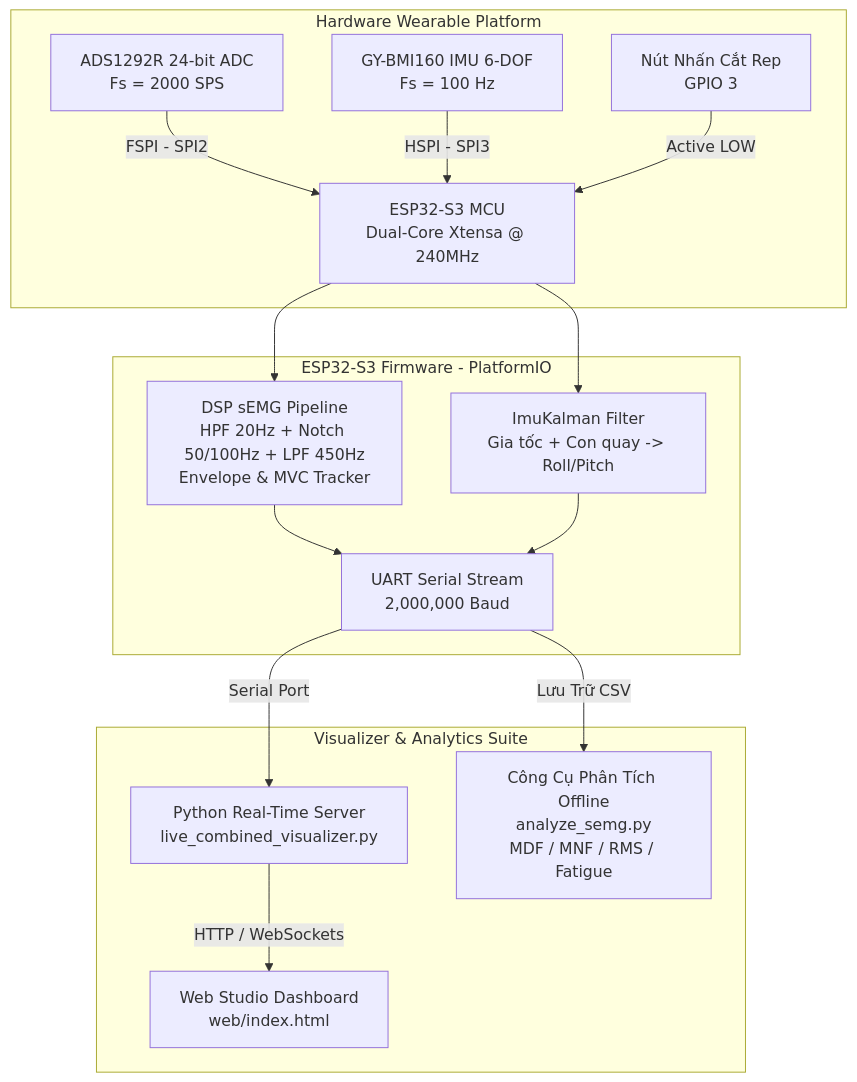
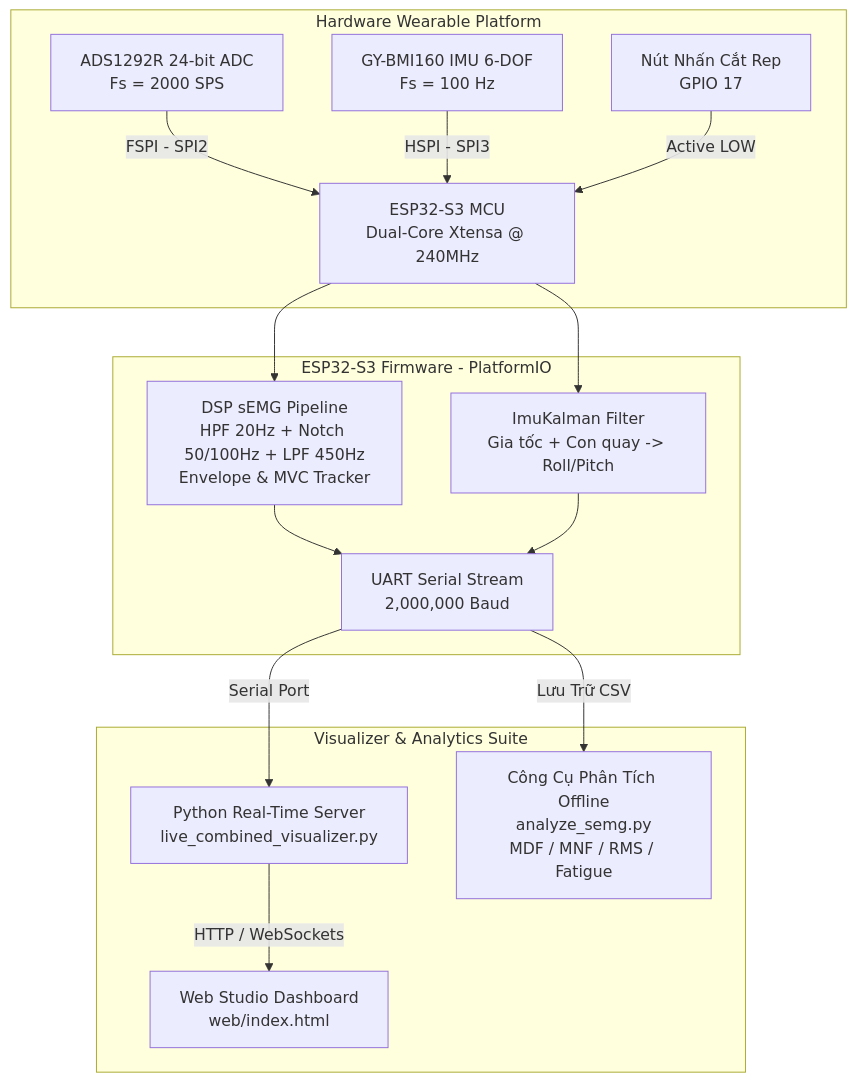
One commit to bblizzardd/sEMG_FCF_Wearable changed the diagram in README.md. Above: the diagram before and after it, drawn with Mermaid. The commit also changed other lines of this file and 7 other files, not shown here.

````diff
--- a/README.md
+++ b/README.md
@@ -42,21 +42,21 @@
 ```mermaid
 graph TD
     subgraph Phần Cứng [Hardware Wearable Platform]
         ADS[ADS1292R 24-bit ADC<br/>Fs = 2000 SPS] -->|FSPI - SPI2| ESP[ESP32-S3 MCU<br/>Dual-Core Xtensa @ 240MHz]
         BMI[GY-BMI160 IMU 6-DOF<br/>Fs = 100 Hz] -->|HSPI - SPI3| ESP
-        BTN[Nút Nhấn Cắt Rep<br/>GPIO 3] -->|Active LOW| ESP
+        BTN[Nút Nhấn Cắt Rep<br/>GPIO 17] -->|Active LOW| ESP
     end
 
     subgraph Firmware DSP [ESP32-S3 Firmware - PlatformIO]
         ESP --> DSP_EMG[DSP sEMG Pipeline<br/>HPF 20Hz + Notch 50/100Hz + LPF 450Hz<br/>Envelope & MVC Tracker]
         ESP --> DSP_IMU[ImuKalman Filter<br/>Gia tốc + Con quay -> Roll/Pitch]
         DSP_EMG --> UART[UART Serial Stream<br/>2,000,000 Baud]
         DSP_IMU --> UART
     end
 
     subgraph Giám Sát & Phân Tích [Visualizer & Analytics Suite]
         UART -->|Serial Port| PY[Python Real-Time Server<br/>live_combined_visualizer.py]
         PY -->|HTTP / WebSockets| WEB[Web Studio Dashboard<br/>web/index.html]
         UART -->|Lưu Trữ CSV| OFFLINE[Công Cụ Phân Tích Offline<br/>analyze_semg.py<br/>MDF / MNF / RMS / Fatigue]
     end
 ```
````
